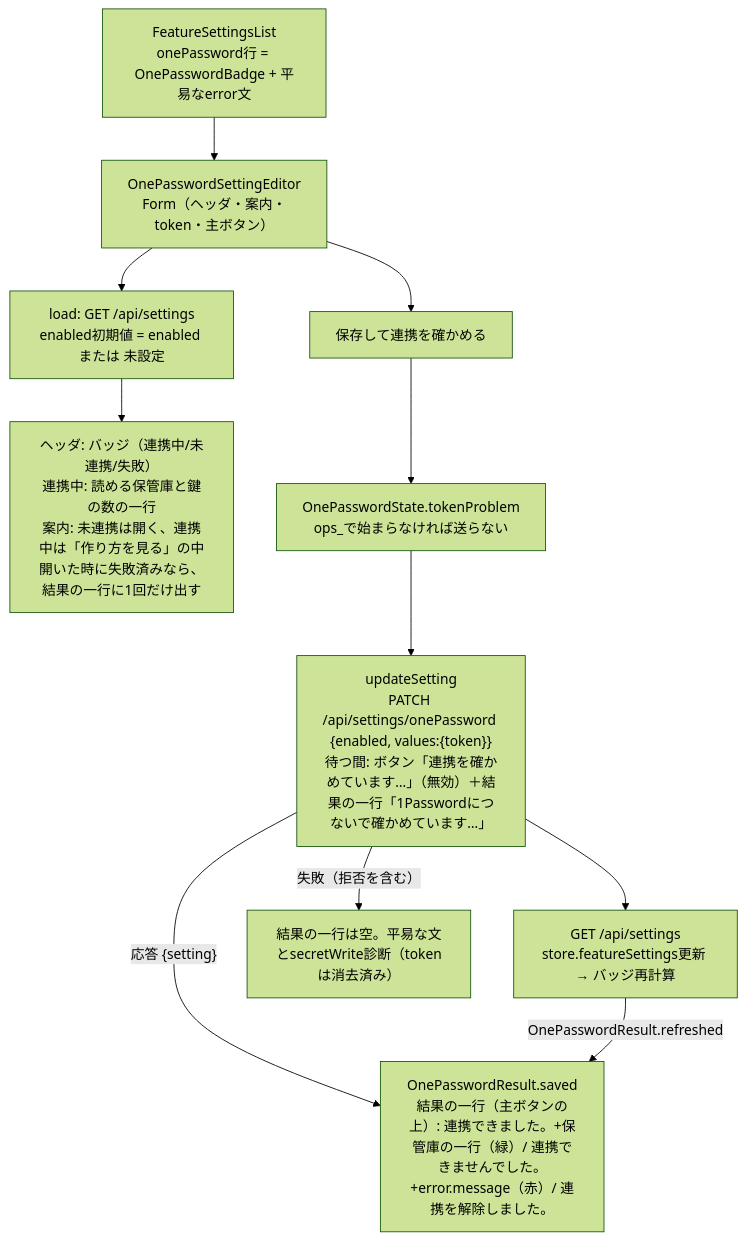
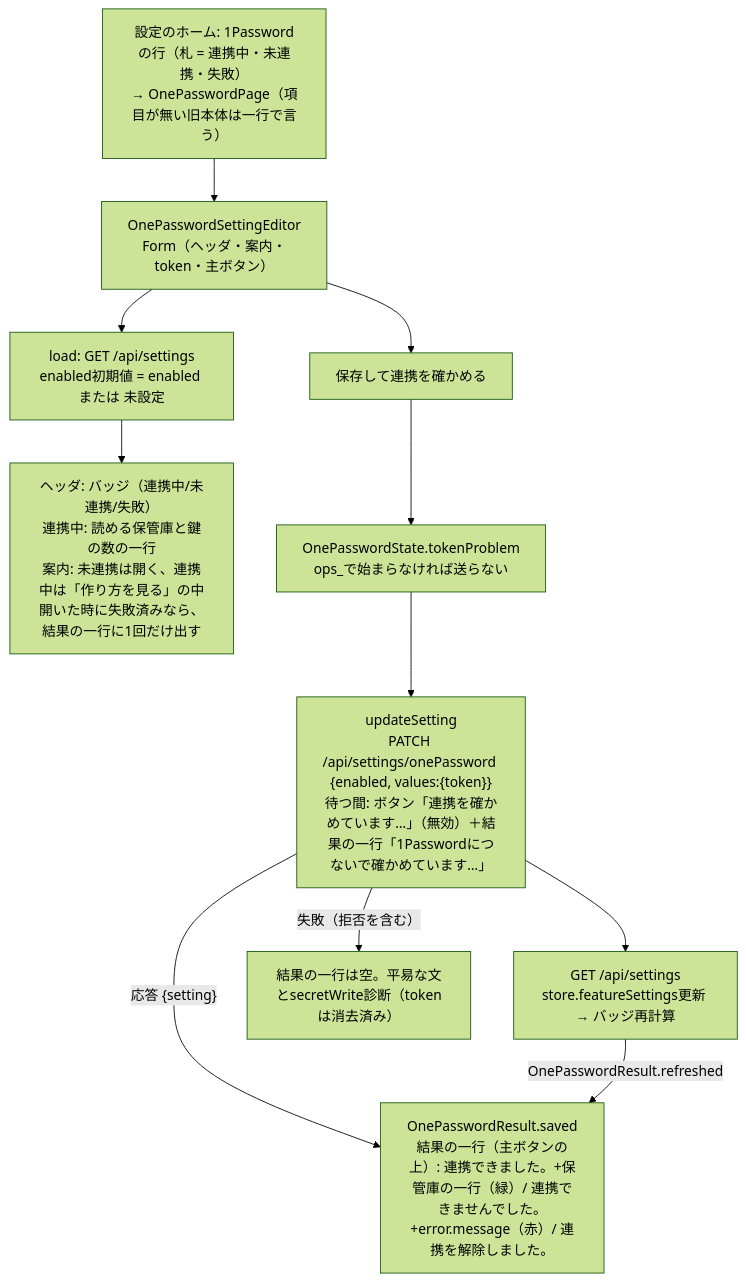
The fourth of 6 diagrams in docs/architecture/modules/apple/settings-and-profile.md (kitepon/BellTeam), drawn with Mermaid (forest theme) before and after one commit. The commit also changed other lines of this file and 3 other files, not shown here.

````diff
--- a/docs/architecture/modules/apple/settings-and-profile.md
+++ b/docs/architecture/modules/apple/settings-and-profile.md
@@ -98,13 +103,13 @@
 ```mermaid
 flowchart TD
-  List["FeatureSettingsList<br/>onePassword行 = OnePasswordBadge + 平易なerror文"] --> Editor["OnePasswordSettingEditor<br/>Form（ヘッダ・案内・token・主ボタン）"]
+  List["設定のホーム: 1Passwordの行（札 = 連携中・未連携・失敗）<br/>→ OnePasswordPage（項目が無い旧本体は一行で言う）"] --> Editor["OnePasswordSettingEditor<br/>Form（ヘッダ・案内・token・主ボタン）"]
   Editor --> Load["load: GET /api/settings<br/>enabled初期値 = enabled または 未設定"]
   Load --> View["ヘッダ: バッジ（連携中/未連携/失敗）<br/>連携中: 読める保管庫と鍵の数の一行<br/>案内: 未連携は開く、連携中は「作り方を見る」の中<br/>開いた時に失敗済みなら、結果の一行に1回だけ出す"]
   Editor --> Save["保存して連携を確かめる"]
   Save --> Check["OnePasswordState.tokenProblem<br/>ops_で始まらなければ送らない"]
   Check --> Patch["updateSetting<br/>PATCH /api/settings/onePassword {enabled, values:{token}}<br/>待つ間: ボタン「連携を確かめています…」（無効）＋結果の一行「1Passwordにつないで確かめています…」"]
   Patch -->|"応答 {setting}"| Line["OnePasswordResult.saved<br/>結果の一行（主ボタンの上）: 連携できました。+保管庫の一行（緑）/ 連携できませんでした。+error.message（赤）/ 連携を解除しました。"]
   Patch --> Reload["GET /api/settings<br/>store.featureSettings更新 → バッジ再計算"]
   Reload -->|"OnePasswordResult.refreshed"| Line
   Patch -->|"失敗（拒否を含む）"| Err["結果の一行は空。平易な文とsecretWrite診断（tokenは消去済み）"]
 ```
````
